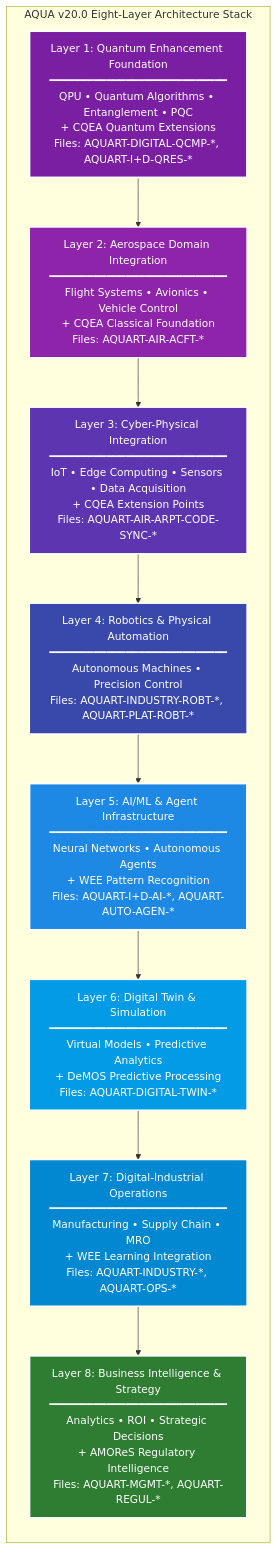
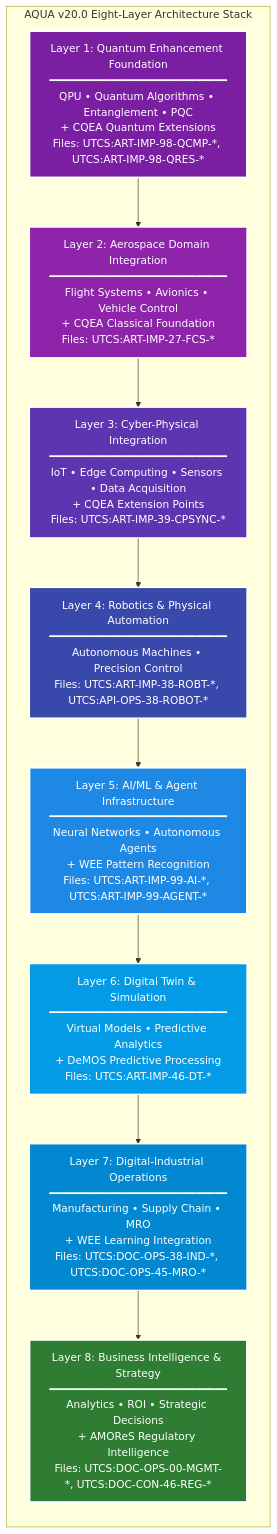
The seventh of 19 diagrams in README.md (Robbbo-T/AQUA), drawn with Mermaid before and after one commit. The commit also changed other lines of this file, not shown here.

````diff
--- a/README.md
+++ b/README.md
@@ -2354,37 +2363,37 @@
 ```mermaid
 graph BT
     subgraph "AQUA v20.0 Eight-Layer Architecture Stack"
-        L1[Layer 1: Quantum Enhancement Foundation<br/>━━━━━━━━━━━━━━━━━━━━━━━━━━━━<br/>QPU • Quantum Algorithms • Entanglement • PQC<br/>+ CQEA Quantum Extensions<br/>Files: AQUART-DIGITAL-QCMP-*, AQUART-I+D-QRES-*]
+        L1[Layer 1: Quantum Enhancement Foundation<br/>━━━━━━━━━━━━━━━━━━━━━━━━━━━━<br/>QPU • Quantum Algorithms • Entanglement • PQC<br/>+ CQEA Quantum Extensions<br/>Files: UTCS:ART-IMP-98-QCMP-*, UTCS:ART-IMP-98-QRES-*]
         
-        L2[Layer 2: Aerospace Domain Integration<br/>━━━━━━━━━━━━━━━━━━━━━━━━━━━━<br/>Flight Systems • Avionics • Vehicle Control<br/>+ CQEA Classical Foundation<br/>Files: AQUART-AIR-ACFT-*]
+        L2[Layer 2: Aerospace Domain Integration<br/>━━━━━━━━━━━━━━━━━━━━━━━━━━━━<br/>Flight Systems • Avionics • Vehicle Control<br/>+ CQEA Classical Foundation<br/>Files: UTCS:ART-IMP-27-FCS-*]
         
-        L3[Layer 3: Cyber-Physical Integration<br/>━━━━━━━━━━━━━━━━━━━━━━━━━━━━<br/>IoT • Edge Computing • Sensors • Data Acquisition<br/>+ CQEA Extension Points<br/>Files: AQUART-AIR-ARPT-CODE-SYNC-*]
+        L3[Layer 3: Cyber-Physical Integration<br/>━━━━━━━━━━━━━━━━━━━━━━━━━━━━<br/>IoT • Edge Computing • Sensors • Data Acquisition<br/>+ CQEA Extension Points<br/>Files: UTCS:ART-IMP-39-CPSYNC-*]
         
-        L4[Layer 4: Robotics & Physical Automation<br/>━━━━━━━━━━━━━━━━━━━━━━━━━━━━<br/>Autonomous Machines • Precision Control<br/>Files: AQUART-INDUSTRY-ROBT-*, AQUART-PLAT-ROBT-*]
+        L4[Layer 4: Robotics & Physical Automation<br/>━━━━━━━━━━━━━━━━━━━━━━━━━━━━<br/>Autonomous Machines • Precision Control<br/>Files: UTCS:ART-IMP-38-ROBT-*, UTCS:API-OPS-38-ROBOT-*]
         
-        L5[Layer 5: AI/ML & Agent Infrastructure<br/>━━━━━━━━━━━━━━━━━━━━━━━━━━━━<br/>Neural Networks • Autonomous Agents<br/>+ WEE Pattern Recognition<br/>Files: AQUART-I+D-AI-*, AQUART-AUTO-AGEN-*]
+        L5[Layer 5: AI/ML & Agent Infrastructure<br/>━━━━━━━━━━━━━━━━━━━━━━━━━━━━<br/>Neural Networks • Autonomous Agents<br/>+ WEE Pattern Recognition<br/>Files: UTCS:ART-IMP-99-AI-*, UTCS:ART-IMP-99-AGENT-*]
         
-        L6[Layer 6: Digital Twin & Simulation<br/>━━━━━━━━━━━━━━━━━━━━━━━━━━━━<br/>Virtual Models • Predictive Analytics<br/>+ DeMOS Predictive Processing<br/>Files: AQUART-DIGITAL-TWIN-*]
+        L6[Layer 6: Digital Twin & Simulation<br/>━━━━━━━━━━━━━━━━━━━━━━━━━━━━<br/>Virtual Models • Predictive Analytics<br/>+ DeMOS Predictive Processing<br/>Files: UTCS:ART-IMP-46-DT-*]
         
-        L7[Layer 7: Digital-Industrial Operations<br/>━━━━━━━━━━━━━━━━━━━━━━━━━━━━<br/>Manufacturing • Supply Chain • MRO<br/>+ WEE Learning Integration<br/>Files: AQUART-INDUSTRY-*, AQUART-OPS-*]
+        L7[Layer 7: Digital-Industrial Operations<br/>━━━━━━━━━━━━━━━━━━━━━━━━━━━━<br/>Manufacturing • Supply Chain • MRO<br/>+ WEE Learning Integration<br/>Files: UTCS:DOC-OPS-38-IND-*, UTCS:DOC-OPS-45-MRO-*]
         
-        L8[Layer 8: Business Intelligence & Strategy<br/>━━━━━━━━━━━━━━━━━━━━━━━━━━━━<br/>Analytics • ROI • Strategic Decisions<br/>+ AMOReS Regulatory Intelligence<br/>Files: AQUART-MGMT-*, AQUART-REGUL-*]
+        L8[Layer 8: Business Intelligence & Strategy<br/>━━━━━━━━━━━━━━━━━━━━━━━━━━━━<br/>Analytics • ROI • Strategic Decisions<br/>+ AMOReS Regulatory Intelligence<br/>Files: UTCS:DOC-OPS-00-MGMT-*, UTCS:DOC-CON-46-REG-*]
         
         L1 --> L2
         L2 --> L3
         L3 --> L4
         L4 --> L5
         L5 --> L6
         L6 --> L7
         L7 --> L8
     end
     
     style L1 fill:#7b1fa2,stroke:#fff,stroke-width:3px,color:#fff
     style L2 fill:#8e24aa,stroke:#fff,stroke-width:2px,color:#fff
     style L3 fill:#5e35b1,stroke:#fff,stroke-width:2px,color:#fff
     style L4 fill:#3949ab,stroke:#fff,stroke-width:2px,color:#fff
     style L5 fill:#1e88e5,stroke:#fff,stroke-width:3px,color:#fff
     style L6 fill:#039be5,stroke:#fff,stroke-width:2px,color:#fff
     style L7 fill:#0288d1,stroke:#fff,stroke-width:2px,color:#fff
     style L8 fill:#2e7d32,stroke:#fff,stroke-width:3px,color:#fff
 ```
````
